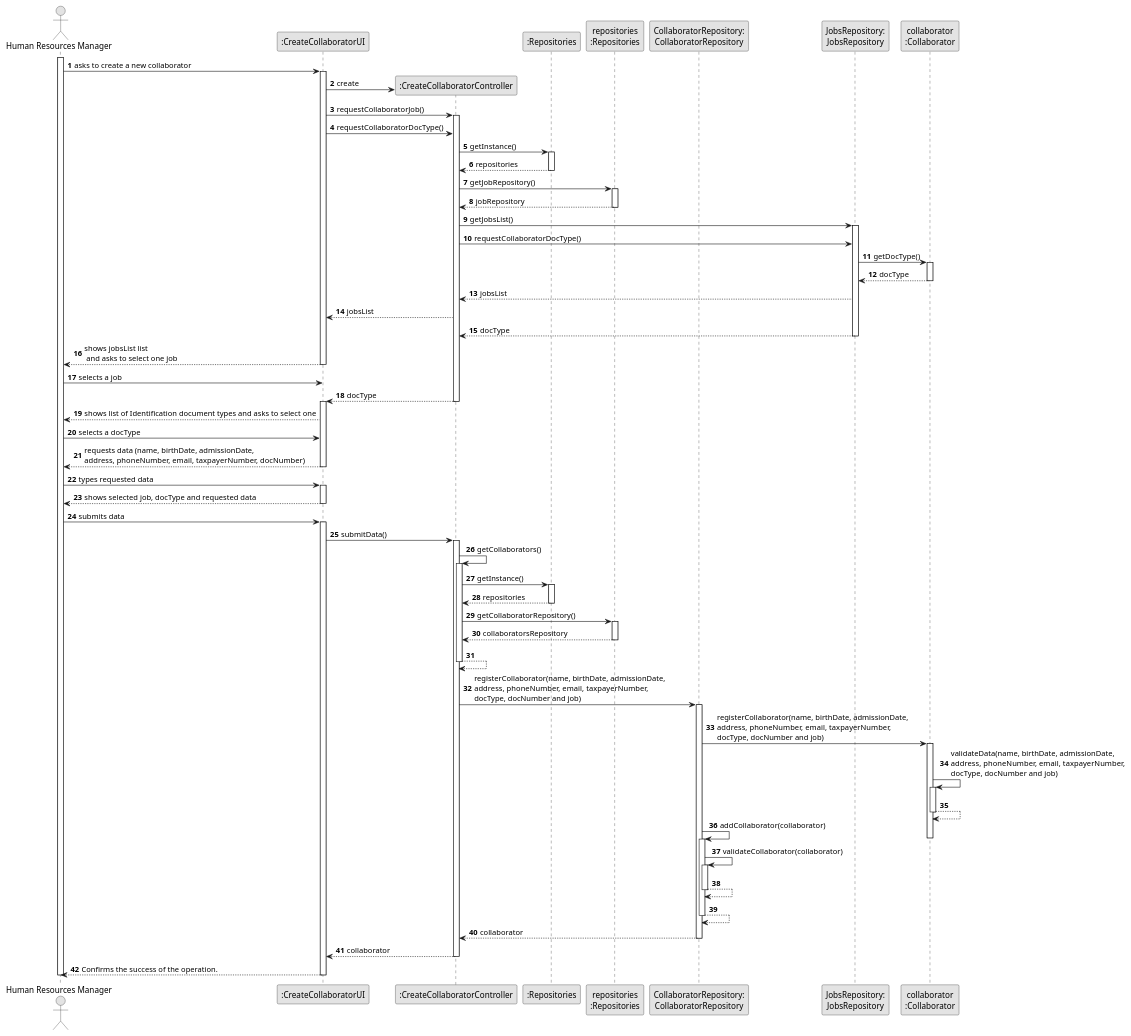
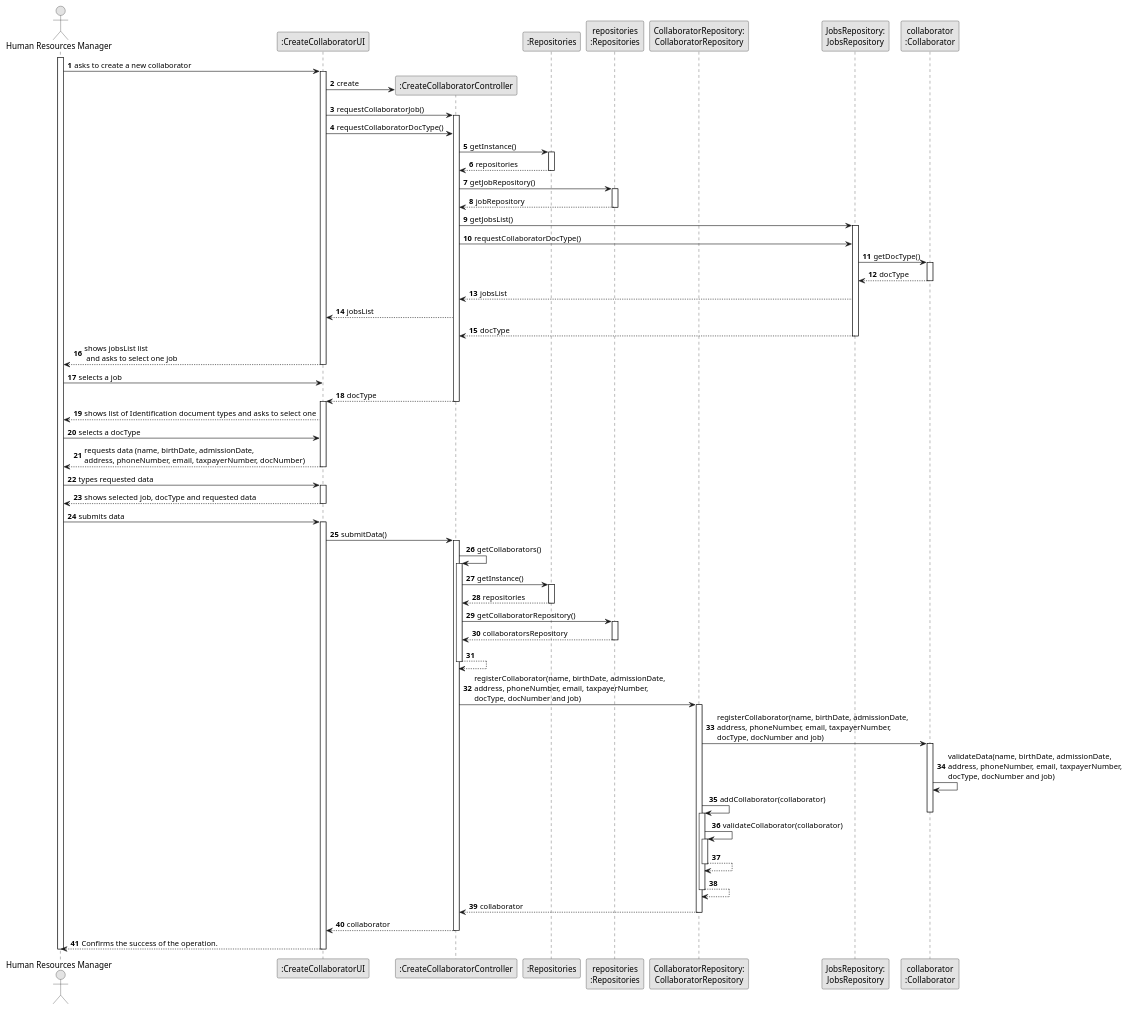
Before and after one commit to SAEmanuel/Green_Spaces_Management_ISEP: the diagram in docs/sprintC/us003/03.design/puml/us003-sequence-diagram-full.puml, drawn with PlantUML.

Commit message:
US3 design update

```diff
--- a/docs/sprintC/us003/03.design/puml/us003-sequence-diagram-full.puml
+++ b/docs/sprintC/us003/03.design/puml/us003-sequence-diagram-full.puml
@@ -1,146 +1,143 @@
 @startuml
 skinparam monochrome true
 skinparam packageStyle rectangle
 skinparam shadowing false
 
 autonumber
 
 'hide footbox
 actor "Human Resources Manager" as HRM
 participant ":CreateCollaboratorUI" as UI
 participant ":CreateCollaboratorController" as CTRL
 participant ":Repositories" as RepositorySingleton
 participant "repositories\n:Repositories" as PLAT
 participant "CollaboratorRepository:\nCollaboratorRepository" as CollaboratorRepository
 participant "JobsRepository:\nJobsRepository" as JobsRepository
 participant "collaborator\n:Collaborator" as Collaborator
 
 activate HRM
 
         HRM -> UI : asks to create a new collaborator
 
         activate UI
 
             UI -> CTRL** : create
 
                 UI -> CTRL : requestCollaboratorJob()
                 activate CTRL
                 UI -> CTRL : requestCollaboratorDocType()
 
 
                 CTRL -> RepositorySingleton : getInstance()
                                 activate RepositorySingleton
 
                                     RepositorySingleton --> CTRL: repositories
                                 deactivate RepositorySingleton
 
                                 CTRL -> PLAT : getJobRepository()
                                 activate PLAT
 
                                     PLAT --> CTRL: jobRepository
                                 deactivate PLAT
 
                 CTRL -> JobsRepository : getJobsList()
                 activate JobsRepository
                 CTRL -> JobsRepository : requestCollaboratorDocType()
 
                 JobsRepository -> Collaborator : getDocType()
                 activate Collaborator
 
                 Collaborator --> JobsRepository : docType
                 deactivate Collaborator
 
 
                 JobsRepository --> CTRL : jobsList
 
 
                 CTRL --> UI : jobsList
                 JobsRepository --> CTRL: docType
                 deactivate JobsRepository
 
 
             UI --> HRM : shows jobsList list\n and asks to select one job
         deactivate UI
 
     HRM -> UI : selects a job
     CTRL --> UI : docType
             deactivate CTRL
     activate UI
 
             UI --> HRM : shows list of Identification document types and asks to select one
             HRM -> UI: selects a docType
         UI --> HRM : requests data (name, birthDate, admissionDate,\naddress, phoneNumber, email, taxpayerNumber, docNumber)
     deactivate UI
 
     HRM -> UI : types requested data
     activate UI
 
         UI --> HRM : shows selected job, docType and requested data
     deactivate UI
 
     HRM -> UI : submits data
     activate UI
 
             UI -> CTRL : submitData()
     activate CTRL
     CTRL -> CTRL : getCollaborators()
 
     activate CTRL
 
 
     CTRL -> RepositorySingleton : getInstance()
                                     activate RepositorySingleton
 
                                         RepositorySingleton --> CTRL: repositories
                                     deactivate RepositorySingleton
 
                                     CTRL -> PLAT : getCollaboratorRepository()
                                     activate PLAT
 
                                      PLAT --> CTRL: collaboratorsRepository
                                     deactivate PLAT
                                      CTRL --> CTRL
 
                 deactivate CTRL
 
 
             CTRL -> CollaboratorRepository : registerCollaborator(name, birthDate, admissionDate,\naddress, phoneNumber, email, taxpayerNumber,\ndocType, docNumber and job)
 
             activate CollaboratorRepository
 
             CollaboratorRepository -> Collaborator : registerCollaborator(name, birthDate, admissionDate,\naddress, phoneNumber, email, taxpayerNumber,\ndocType, docNumber and job)
 
             activate Collaborator
 
                 Collaborator -> Collaborator : validateData(name, birthDate, admissionDate,\naddress, phoneNumber, email, taxpayerNumber,\ndocType, docNumber and job)
-                activate Collaborator
-                Collaborator --> Collaborator :
-                deactivate Collaborator
 
             CollaboratorRepository -> CollaboratorRepository : addCollaborator(collaborator)
             deactivate Collaborator
                         activate CollaboratorRepository
 
 
             CollaboratorRepository -> CollaboratorRepository: validateCollaborator(collaborator)
              activate CollaboratorRepository
              CollaboratorRepository --> CollaboratorRepository
             deactivate CollaboratorRepository
 
             CollaboratorRepository --> CollaboratorRepository
             deactivate CollaboratorRepository
 
         CollaboratorRepository --> CTRL : collaborator
         deactivate CollaboratorRepository
         deactivate Collaborator
 
         CTRL --> UI: collaborator
         deactivate CTRL
 
         UI --> HRM: Confirms the success of the operation.
 
     deactivate UI
 
 deactivate HRM
 
 @enduml
```
